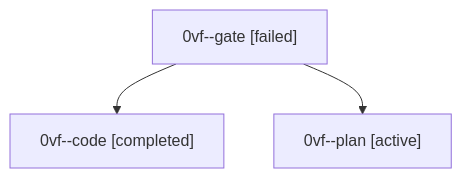
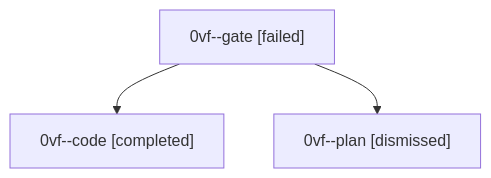
Before and after one commit to bobs-org/bob-cli--agents: the diagram in sessions/bbugyi200.athena.0vf.md, drawn with Mermaid. The commit also changed other lines of this file and 27 other files, not shown here.

````diff
--- a/sessions/bbugyi200.athena.0vf.md
+++ b/sessions/bbugyi200.athena.0vf.md
@@ -9,8 +9,8 @@
 ```mermaid
 flowchart TD
   n0["0vf--gate [failed]"]
   n1["0vf--code [completed]"]
   n0 --> n1
-  n2["0vf--plan [active]"]
+  n2["0vf--plan [dismissed]"]
   n0 --> n2
 ```
````
